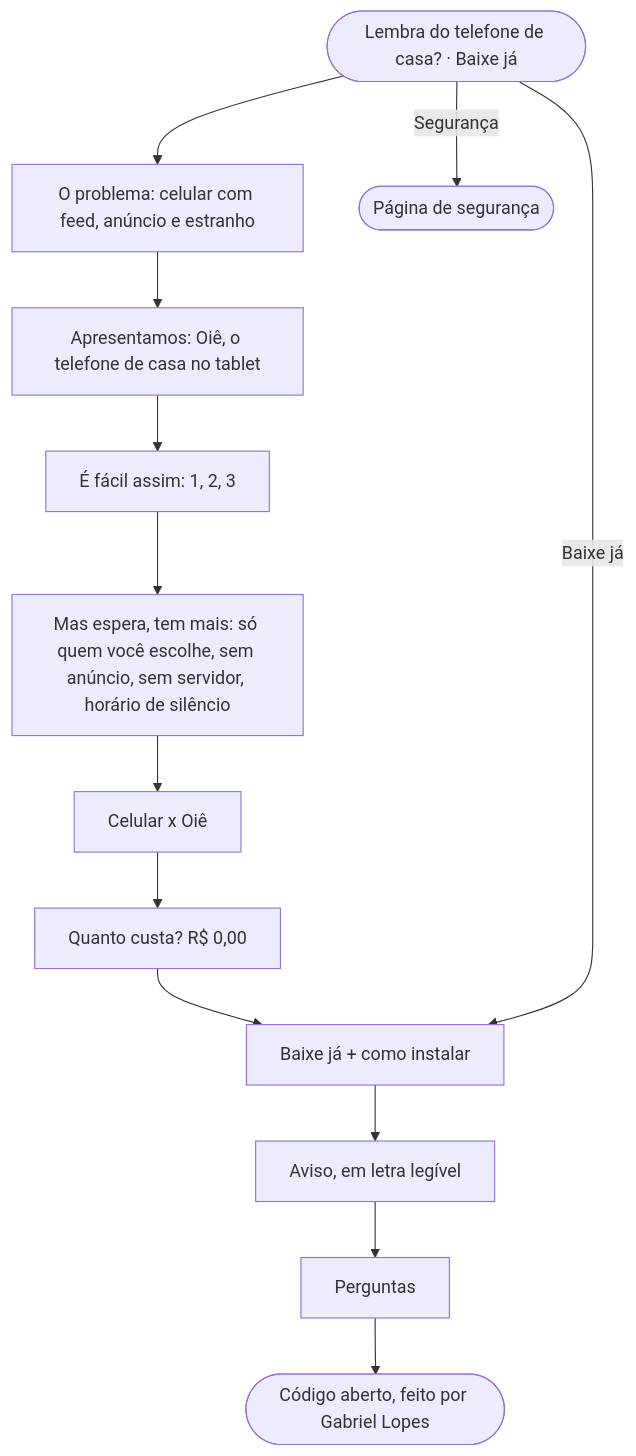
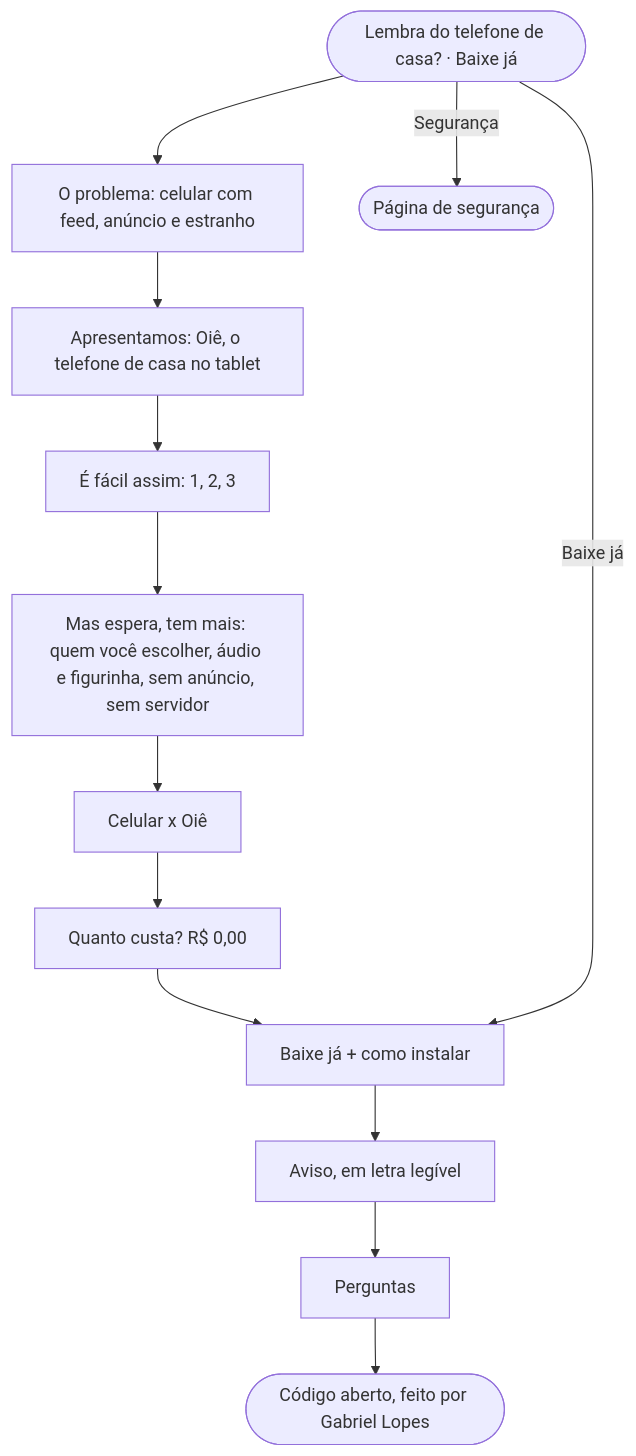
The diagram in docs/flows/website-landing-v3.md (gabrielbr/FamilyZap), drawn with Mermaid before and after one commit. The commit also changed other lines of this file and 24 other files, not shown here.

````diff
--- a/docs/flows/website-landing-v3.md
+++ b/docs/flows/website-landing-v3.md
@@ -9,15 +9,15 @@
 ```mermaid
 flowchart TD
   hero([Lembra do telefone de casa? · Baixe já]) --> problem[O problema: celular com feed, anúncio e estranho]
   problem --> reveal[Apresentamos: Oiê, o telefone de casa no tablet]
   reveal --> easy[É fácil assim: 1, 2, 3]
-  easy --> more[Mas espera, tem mais: só quem você escolhe, sem anúncio, sem servidor, horário de silêncio]
+  easy --> more[Mas espera, tem mais: quem você escolher, áudio e figurinha, sem anúncio, sem servidor]
   more --> versus[Celular x Oiê]
   versus --> price[Quanto custa? R$ 0,00]
   price --> cta[Baixe já + como instalar]
   cta --> aviso[Aviso, em letra legível]
   aviso --> faq[Perguntas]
   faq --> foot([Código aberto, feito por Gabriel Lopes])
   hero -- Baixe já --> cta
   hero -- Segurança --> safety([Página de segurança])
 ```
````
